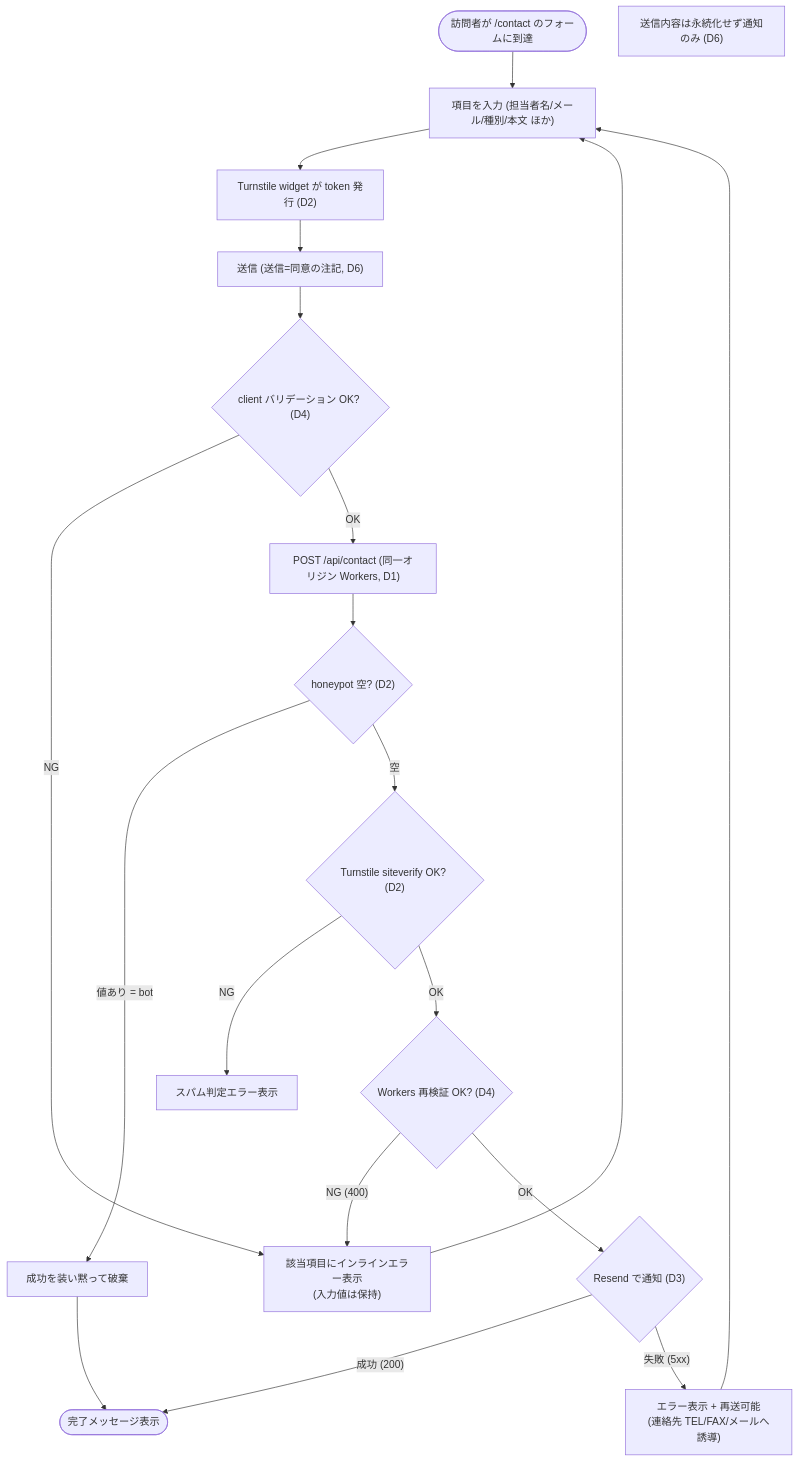
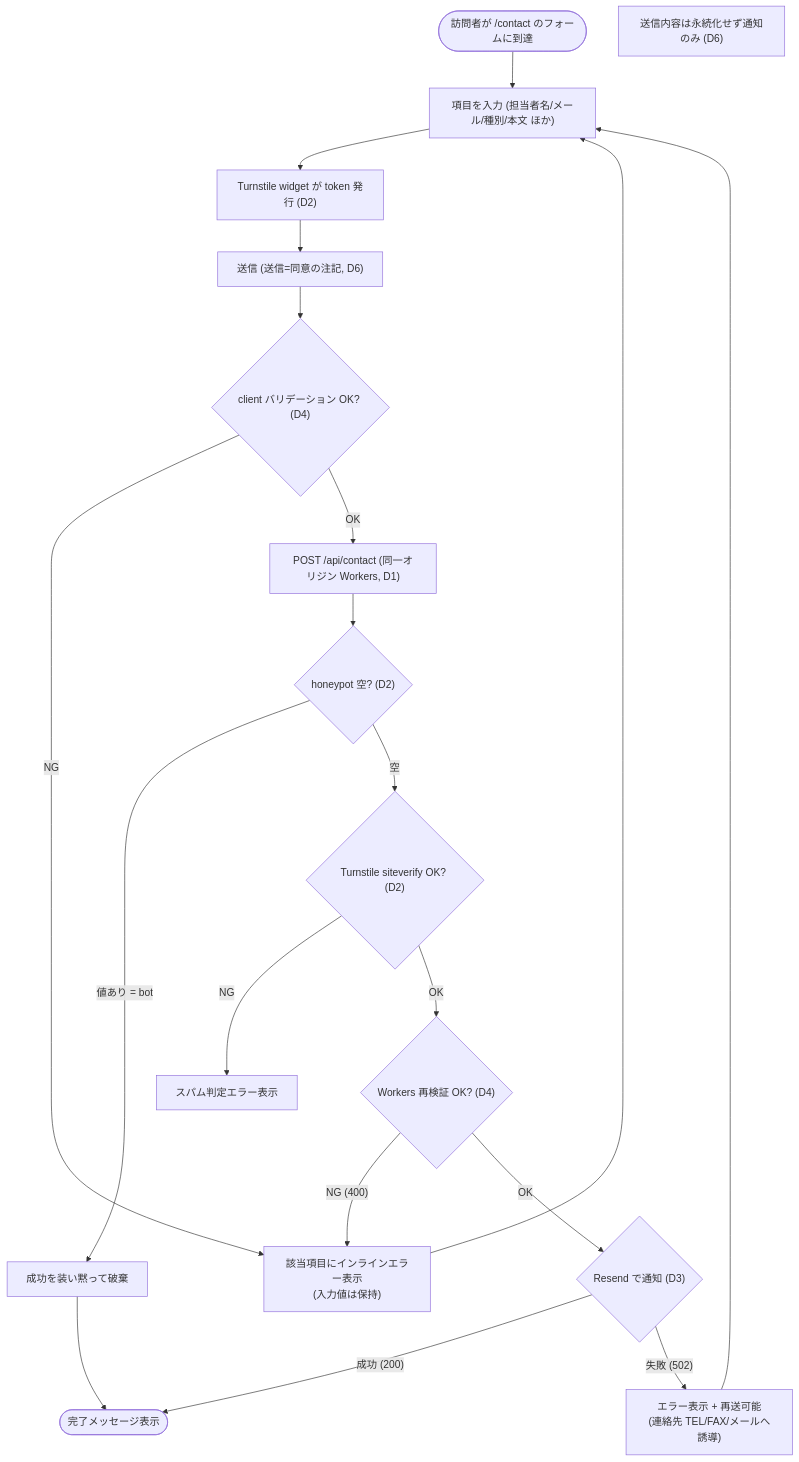
The first of 2 diagrams in specs/14-contact-form/index.md (Fukuemon/kufu-apps), drawn with Mermaid before and after one commit. The commit also changed other lines of this file and 1 other file, not shown here.

````diff
--- a/specs/14-contact-form/index.md
+++ b/specs/14-contact-form/index.md
@@ -295,25 +302,25 @@
 ```mermaid
 flowchart TD
     Start(["訪問者が /contact のフォームに到達"]) --> Fill["項目を入力 (担当者名/メール/種別/本文 ほか)"]
     Fill --> Turnstile["Turnstile widget が token 発行 (D2)"]
     Turnstile --> Submit["送信 (送信=同意の注記, D6)"]
     Submit --> ClientValid{"client バリデーション OK? (D4)"}
     ClientValid -->|"NG"| FieldErr["該当項目にインラインエラー表示<br/>(入力値は保持)"]
     FieldErr --> Fill
     ClientValid -->|"OK"| Post["POST /api/contact (同一オリジン Workers, D1)"]
 
     Post --> Honeypot{"honeypot 空? (D2)"}
     Honeypot -->|"値あり = bot"| SilentDrop["成功を装い黙って破棄"]
     Honeypot -->|"空"| Verify{"Turnstile siteverify OK? (D2)"}
     Verify -->|"NG"| SpamErr["スパム判定エラー表示"]
     Verify -->|"OK"| ServerValid{"Workers 再検証 OK? (D4)"}
     ServerValid -->|"NG (400)"| FieldErr
     ServerValid -->|"OK"| Send{"Resend で通知 (D3)"}
 
     Send -->|"成功 (200)"| Done(["完了メッセージ表示"])
-    Send -->|"失敗 (5xx)"| SendErr["エラー表示 + 再送可能<br/>(連絡先 TEL/FAX/メールへ誘導)"]
+    Send -->|"失敗 (502)"| SendErr["エラー表示 + 再送可能<br/>(連絡先 TEL/FAX/メールへ誘導)"]
     SendErr --> Fill
     SilentDrop --> Done
 
     Note["送信内容は永続化せず通知のみ (D6)"]
 ```
````
